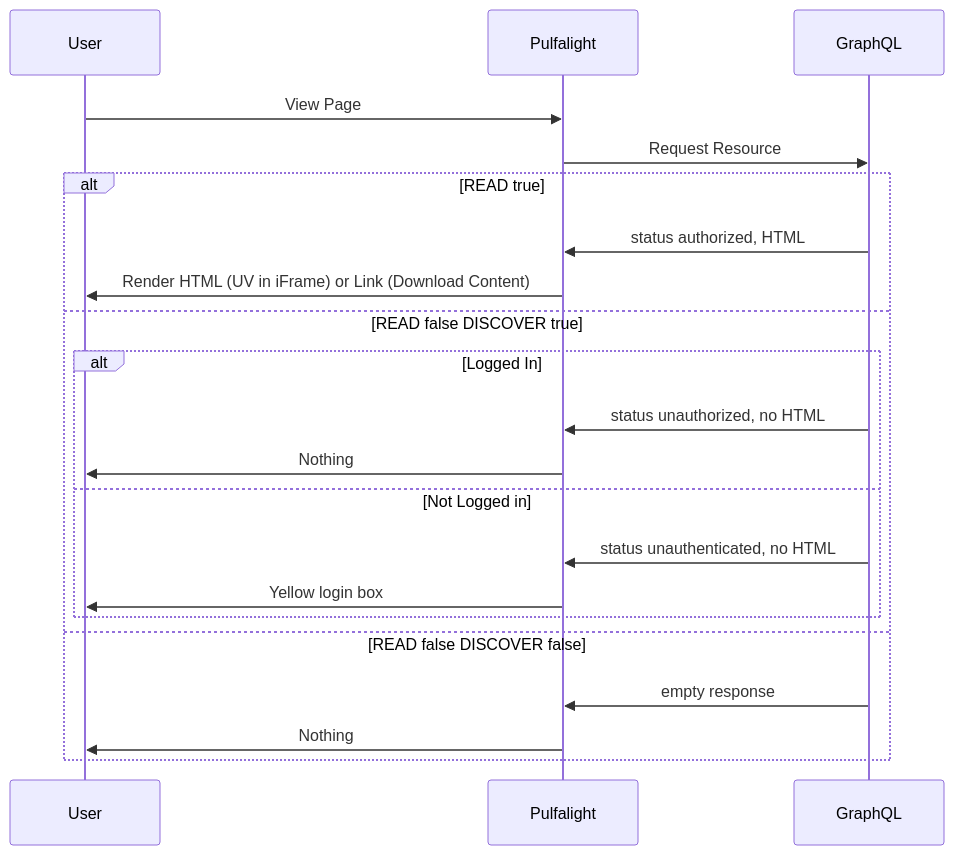
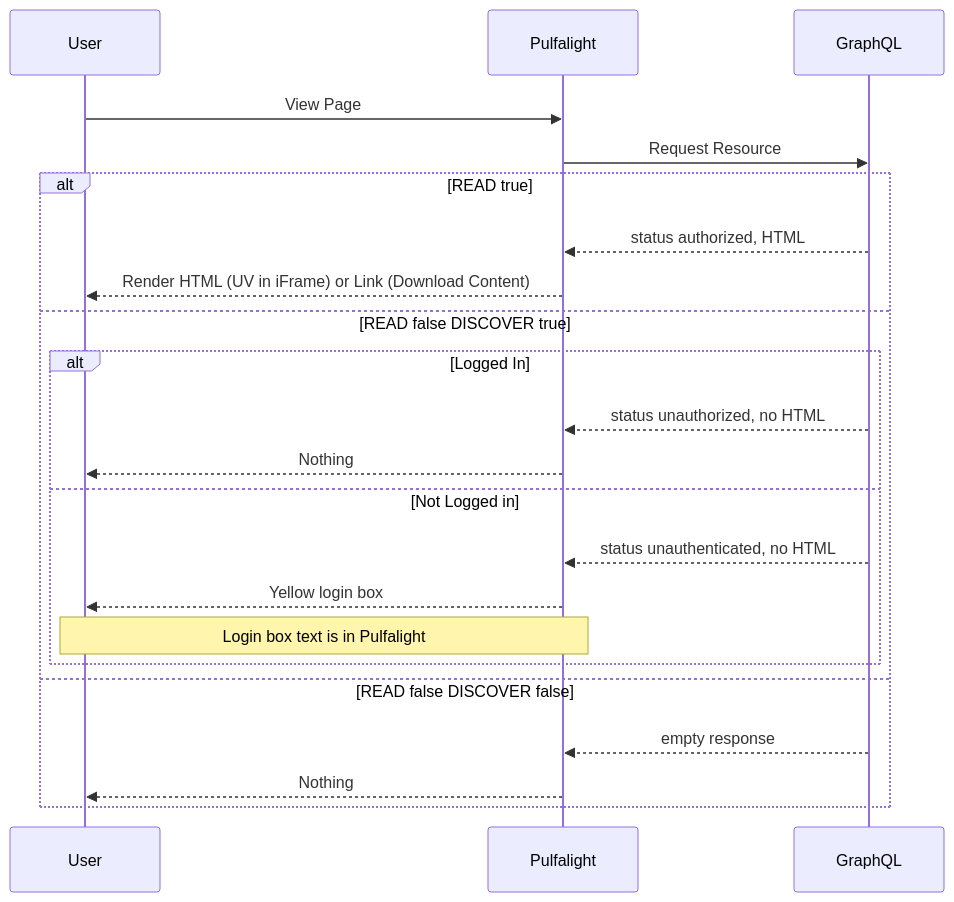
Before and after one commit to pulibrary/figgy: the second of 2 diagrams in docs/technical/viewer-flow.md, drawn with Mermaid. The commit also changed other lines of this file, not shown here.

Commit message:
Expand on viewer flow.

````diff
--- a/docs/technical/viewer-flow.md
+++ b/docs/technical/viewer-flow.md
@@ -40,24 +51,26 @@
 ```mermaid
 sequenceDiagram
   participant User
   participant Pulfalight
   participant GraphQL
   User->>Pulfalight: View Page
   Pulfalight->>GraphQL: Request Resource
   alt READ true
-    GraphQL->>Pulfalight: status authorized, HTML
-    Pulfalight->>User: Render HTML (UV in iFrame) or Link (Download Content)
+    GraphQL-->>Pulfalight: status authorized, HTML
+    Pulfalight-->>User: Render HTML (UV in iFrame) or Link (Download Content)
   else READ false DISCOVER true
     alt Logged In
-      GraphQL->>Pulfalight: status unauthorized, no HTML
-      Pulfalight->>User: Nothing
+      GraphQL-->>Pulfalight: status unauthorized, no HTML
+      %% This is where we'd have to handle CDL or click-through
+      Pulfalight-->>User: Nothing
     else Not Logged in
-      GraphQL->>Pulfalight: status unauthenticated, no HTML
-      Pulfalight->>User: Yellow login box
+      GraphQL-->>Pulfalight: status unauthenticated, no HTML
+      Pulfalight-->>User: Yellow login box
+      Note over Pulfalight,User: Login box text is in Pulfalight
     end
   else READ false DISCOVER false
-    GraphQL->>Pulfalight: empty response
-    Pulfalight->>User: Nothing
+    GraphQL-->>Pulfalight: empty response
+    Pulfalight-->>User: Nothing
   end
     
 ```
````
